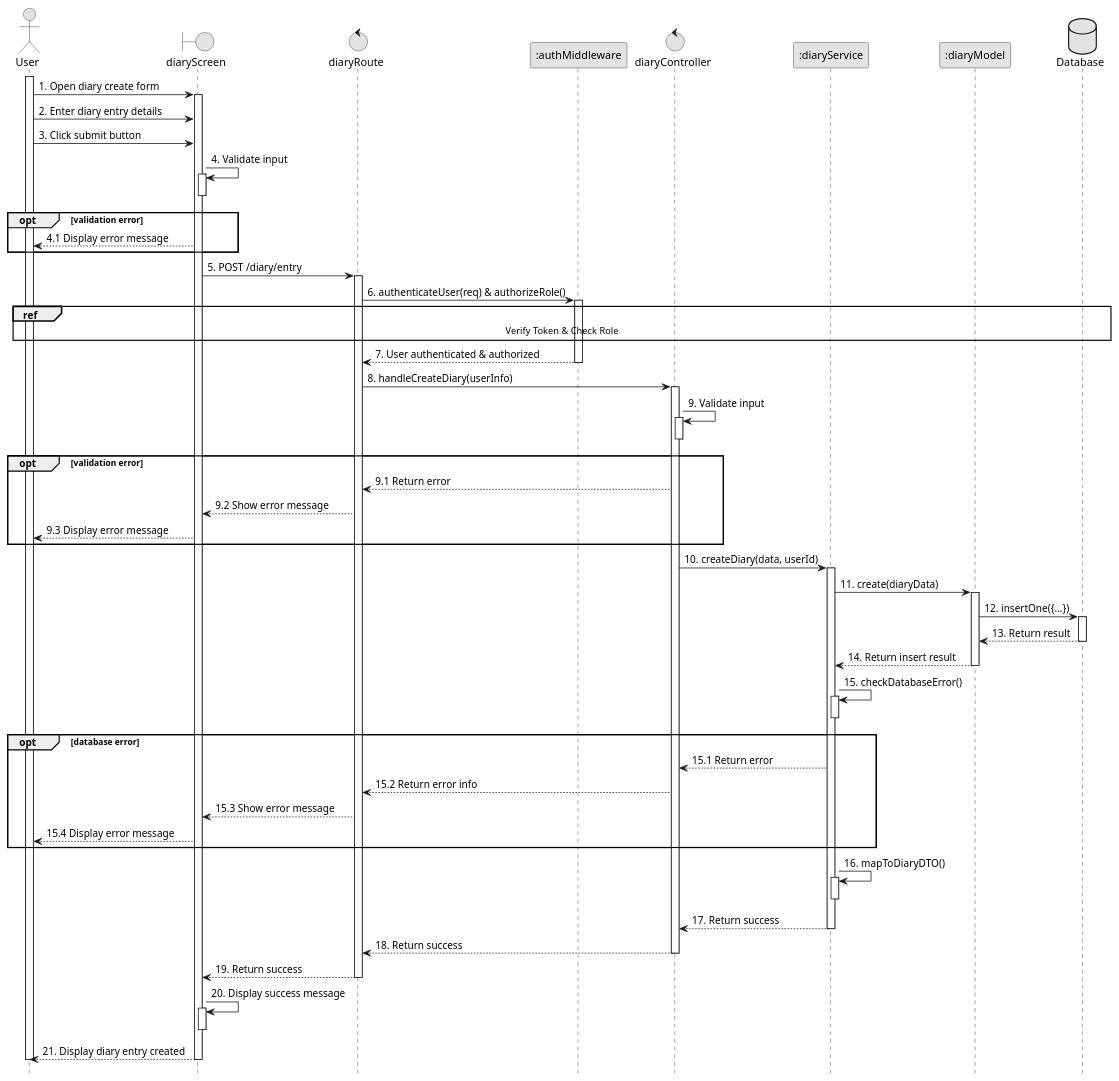
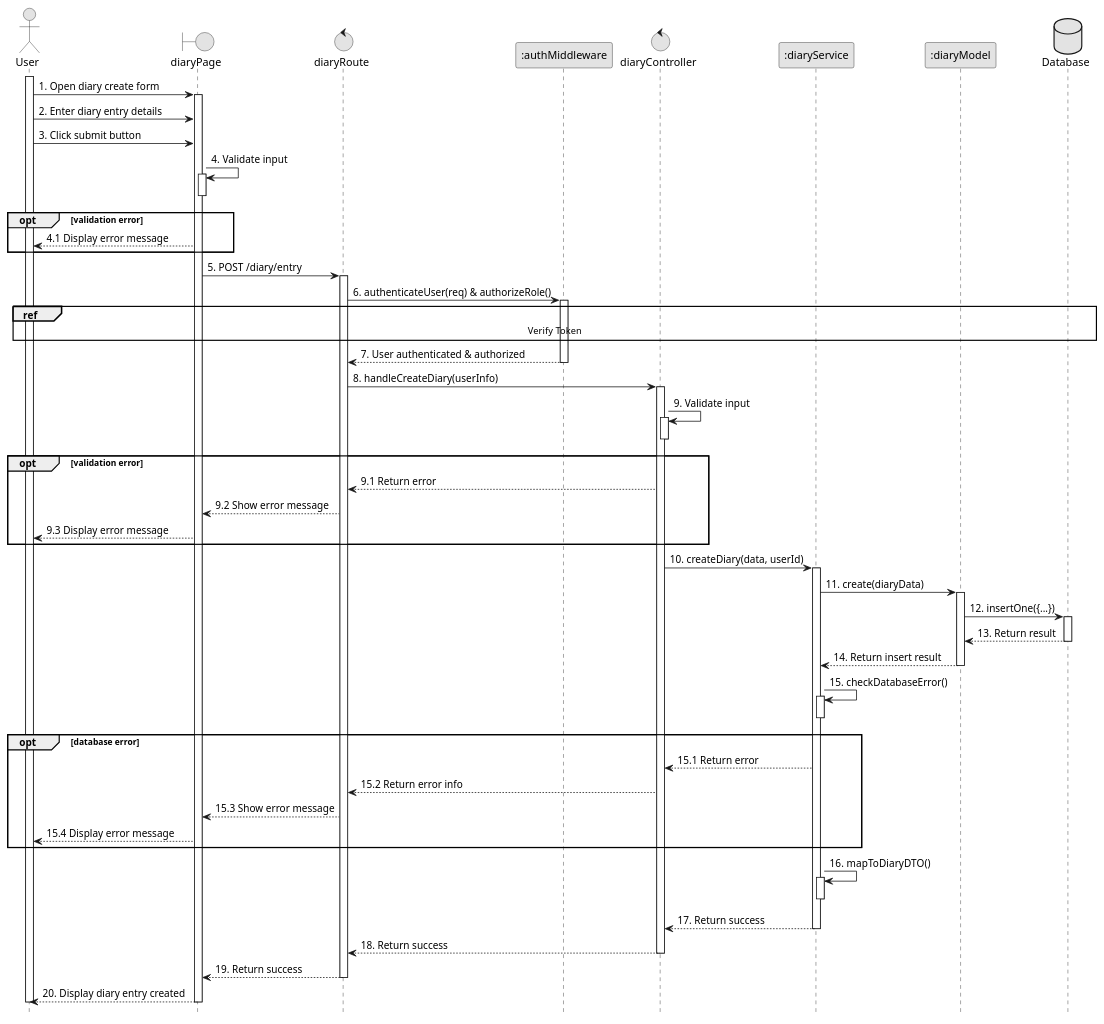
Before and after one commit to VietDurian/VietDurian: the diagram in planuml/web/10.1_createDiary.puml, drawn with PlantUML. The commit also changed 24 other files, not shown here.

Commit message:
ViVLT: Edit sequence and add check role flow for authentication sub sequence

```diff
--- a/planuml/web/10.1_createDiary.puml
+++ b/planuml/web/10.1_createDiary.puml
@@ -1,79 +1,77 @@
 @startuml 10.1_createDiary
 skinparam monochrome true
 skinparam shadowing false
 skinparam sequenceArrowThickness 1
 hide footbox
 
 actor User
-boundary diaryScreen as UI
+boundary diaryPage as UI
 control diaryRoute as Route
 participant ":authMiddleware" as Middleware
 control diaryController as Controller
 participant ":diaryService" as Service
 participant ":diaryModel" as Model
 database Database as DB
 
 activate User
 User -> UI : 1. Open diary create form
 activate UI
 User -> UI : 2. Enter diary entry details
 User -> UI : 3. Click submit button
 UI -> UI : 4. Validate input
 activate UI
 deactivate UI
 opt validation error
     UI --> User : 4.1 Display error message
 end
 UI -> Route : 5. POST /diary/entry 
 activate Route
 Route -> Middleware : 6. authenticateUser(req) & authorizeRole()
 activate Middleware
-ref over User, DB: Verify Token & Check Role
+ref over User, DB: Verify Token
 Middleware --> Route : 7. User authenticated & authorized
 deactivate Middleware
 Route -> Controller : 8. handleCreateDiary(userInfo)
 activate Controller
 Controller -> Controller : 9. Validate input
 activate Controller
 deactivate Controller
 opt validation error
     Controller --> Route : 9.1 Return error
     Route --> UI : 9.2 Show error message
     UI --> User : 9.3 Display error message
 end
 Controller -> Service : 10. createDiary(data, userId)
 activate Service
 Service -> Model : 11. create(diaryData)
 activate Model
 Model -> DB : 12. insertOne({...})
 activate DB
 DB --> Model : 13. Return result
 deactivate DB
 Model --> Service : 14. Return insert result
 deactivate Model
 Service -> Service : 15. checkDatabaseError()
 activate Service
 deactivate Service
 opt database error
     Service --> Controller : 15.1 Return error
     Controller --> Route : 15.2 Return error info
     Route --> UI : 15.3 Show error message
     UI --> User : 15.4 Display error message
 end
 Service -> Service : 16. mapToDiaryDTO()
 activate Service
 deactivate Service
 Service --> Controller : 17. Return success
 deactivate Service
 Controller --> Route : 18. Return success
 deactivate Controller
 Route --> UI : 19. Return success
 deactivate Route
-UI -> UI : 20. Display success message
-activate UI
-deactivate UI
-UI --> User : 21. Display diary entry created
+
+UI --> User : 20. Display diary entry created
 deactivate UI
 deactivate User
 
 @enduml
```
